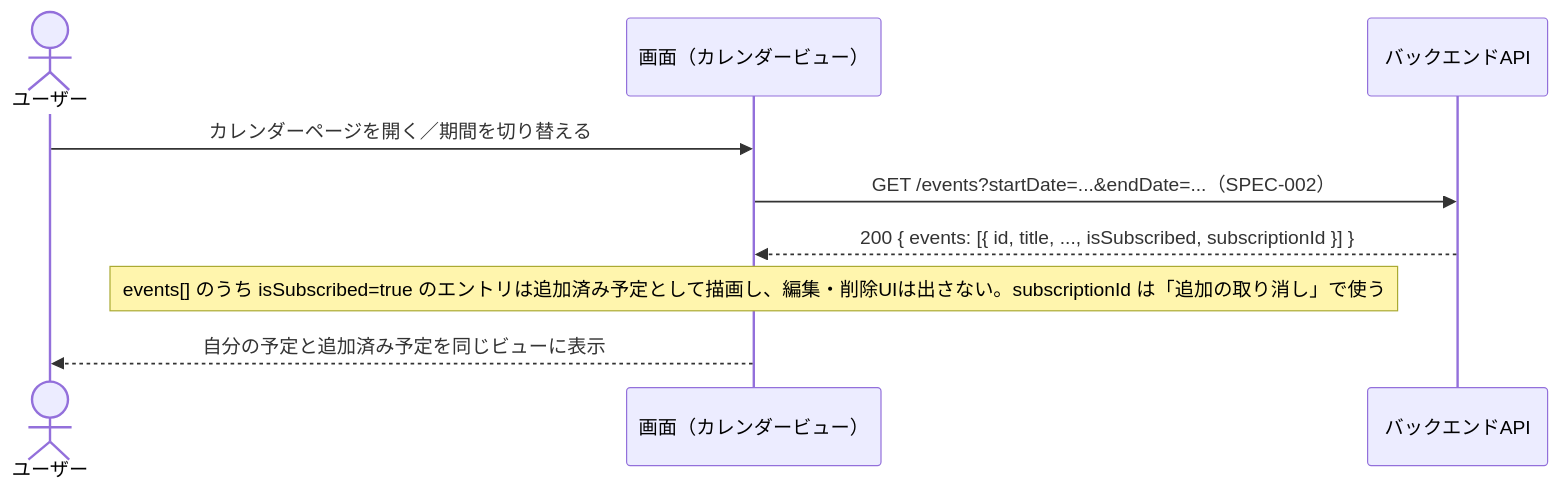
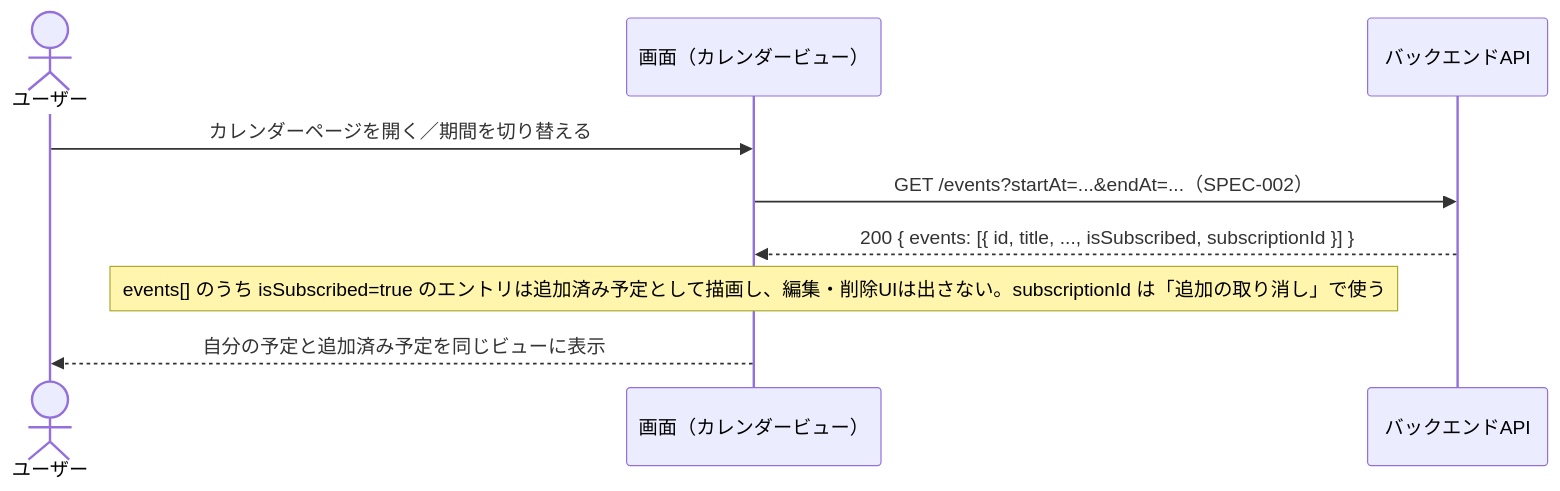
The fourth of 6 diagrams in docs/spec/SPEC-004-event-sharing.md (Haya372/ai-trial), drawn with Mermaid before and after one commit. The commit also changed other lines of this file and 1 other file, not shown here.

Commit message:
docs: Update GET /events query to UTC datetime range in SPEC-002

````diff
--- a/docs/spec/SPEC-004-event-sharing.md
+++ b/docs/spec/SPEC-004-event-sharing.md
@@ -316,12 +316,12 @@
 ```mermaid
 sequenceDiagram
     actor User as ユーザー
     participant UI as 画面（カレンダービュー）
     participant API as バックエンドAPI
 
     User->>UI: カレンダーページを開く／期間を切り替える
-    UI->>API: GET /events?startDate=...&endDate=...（SPEC-002）
+    UI->>API: GET /events?startAt=...&endAt=...（SPEC-002）
     API-->>UI: 200 { events: [{ id, title, ..., isSubscribed, subscriptionId }] }
     Note over UI: events[] のうち isSubscribed=true のエントリは追加済み予定として描画し、編集・削除UIは出さない。subscriptionId は「追加の取り消し」で使う
     UI-->>User: 自分の予定と追加済み予定を同じビューに表示
 ```
````
